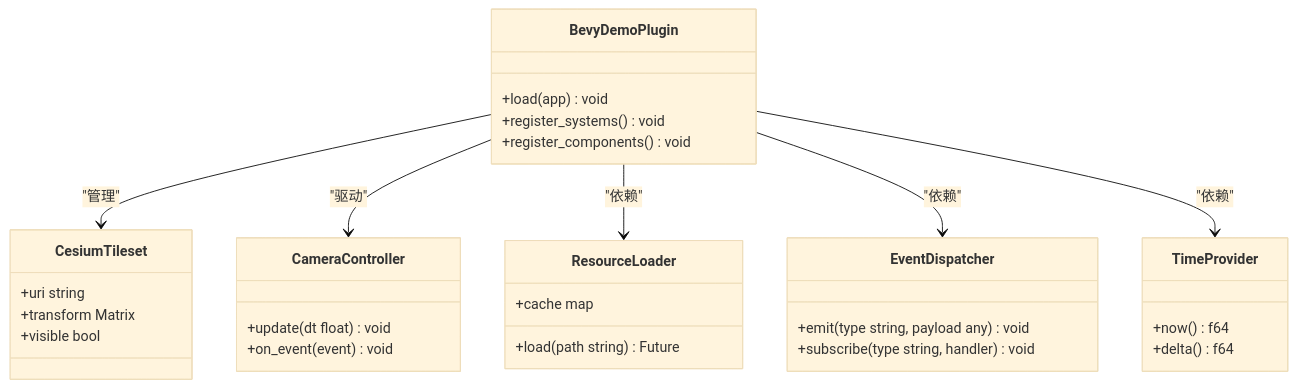
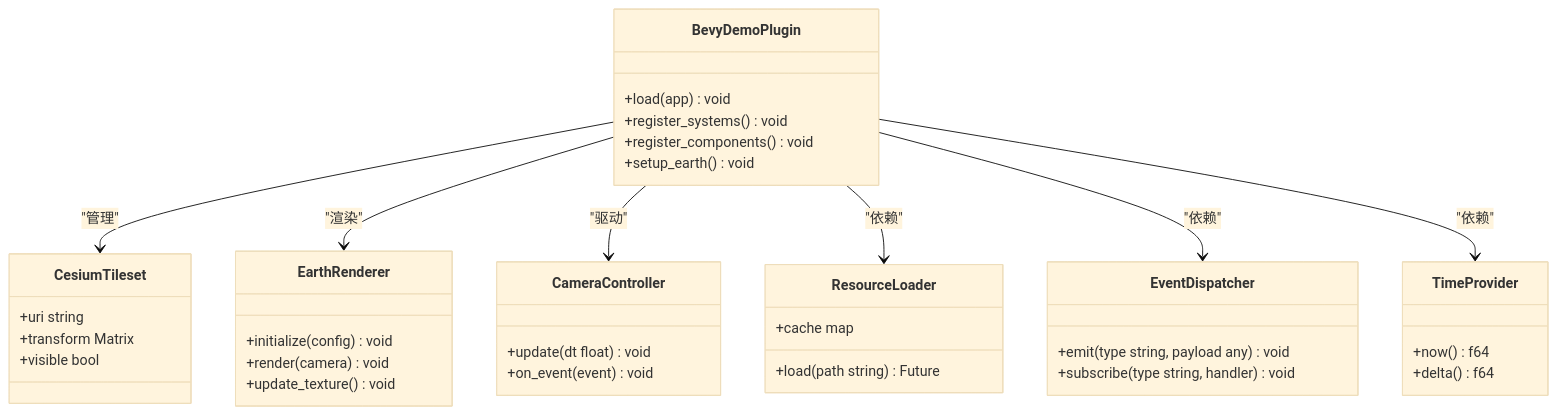
Before and after one commit to rzhangjing/cesium: the third of 6 diagrams in .qoder/repowiki/zh/content/示例教程/Bevy游戏引擎集成示例.md, drawn with Mermaid (base theme). The commit also changed other lines of this file and 178 other files, not shown here.

````diff
--- a/.qoder/repowiki/zh/content/示例教程/Bevy游戏引擎集成示例.md
+++ b/.qoder/repowiki/zh/content/示例教程/Bevy游戏引擎集成示例.md
@@ -170,34 +186,41 @@
 ```mermaid
 classDiagram
 class BevyDemoPlugin {
 +load(app) void
 +register_systems() void
 +register_components() void
++setup_earth() void
 }
 class CesiumTileset {
 +uri string
 +transform Matrix
 +visible bool
+}
+class EarthRenderer {
++initialize(config) void
++render(camera) void
++update_texture() void
 }
 class CameraController {
 +update(dt float) void
 +on_event(event) void
 }
 class ResourceLoader {
 +load(path string) Future
 +cache map
 }
 class EventDispatcher {
 +emit(type string, payload any) void
 +subscribe(type string, handler) void
 }
 class TimeProvider {
 +now() f64
 +delta() f64
 }
 BevyDemoPlugin --> CesiumTileset : "管理"
+BevyDemoPlugin --> EarthRenderer : "渲染"
 BevyDemoPlugin --> CameraController : "驱动"
 BevyDemoPlugin --> ResourceLoader : "依赖"
 BevyDemoPlugin --> EventDispatcher : "依赖"
 BevyDemoPlugin --> TimeProvider : "依赖"
 ```
````
